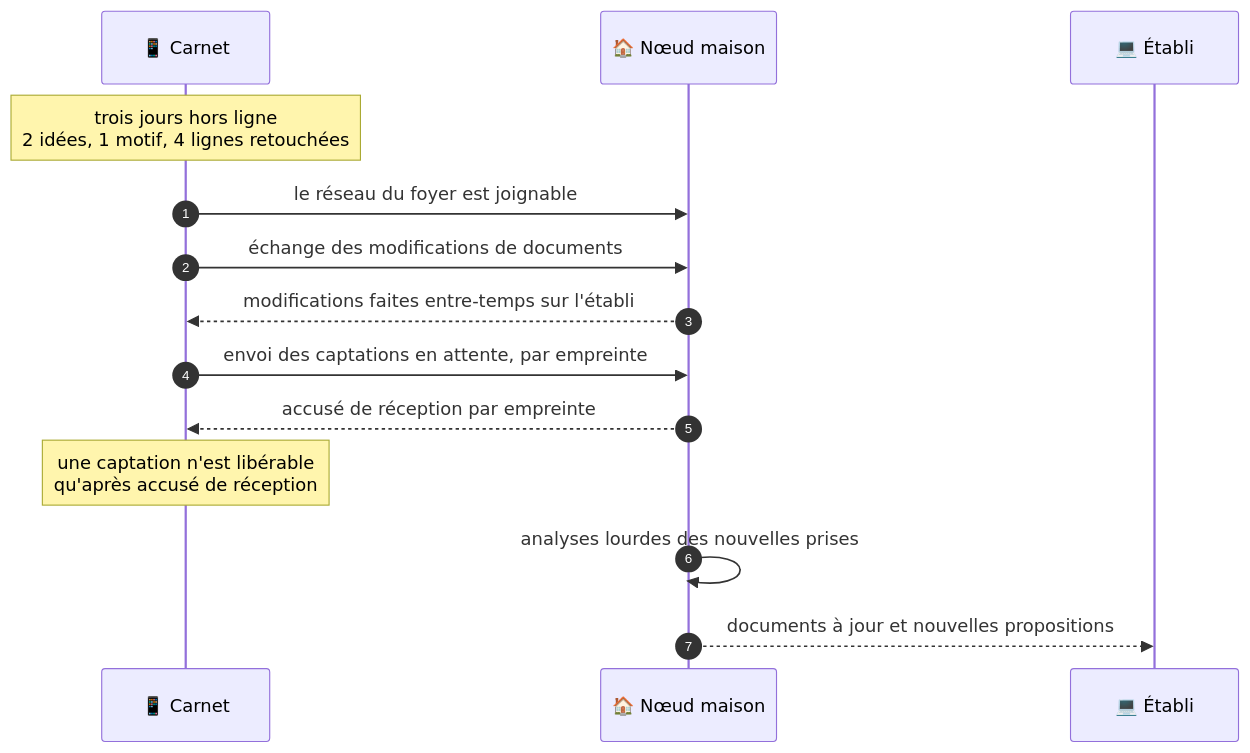
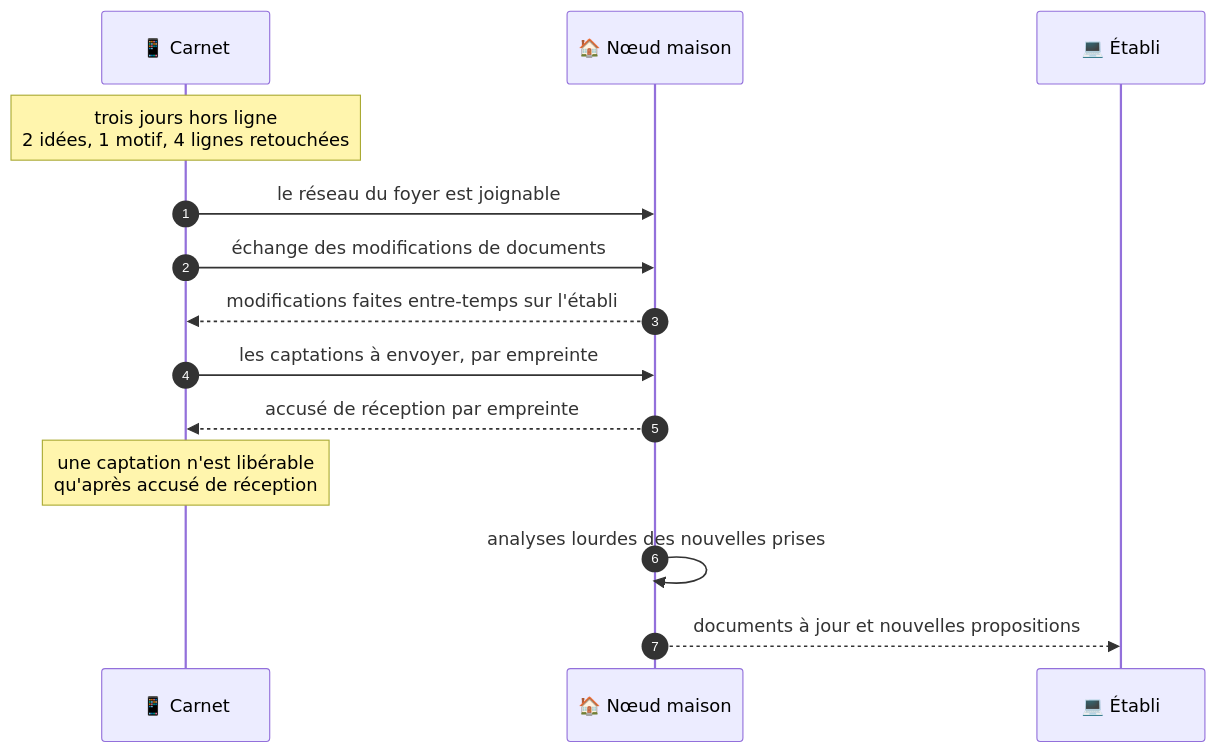
Before and after one commit to EdouardZemb/pupitre: the fifth of 8 diagrams in docs/31-persistance-et-synchronisation.md, drawn with Mermaid. The commit also changed other lines of this file and 24 other files, not shown here.

````diff
--- a/docs/31-persistance-et-synchronisation.md
+++ b/docs/31-persistance-et-synchronisation.md
@@ -140,16 +493,16 @@
 ```mermaid
 sequenceDiagram
   autonumber
   participant C as 📱 Carnet
   participant N as 🏠 Nœud maison
   participant E as 💻 Établi
   Note over C: trois jours hors ligne<br/>2 idées, 1 motif, 4 lignes retouchées
   C->>N: le réseau du foyer est joignable
   C->>N: échange des modifications de documents
   N-->>C: modifications faites entre-temps sur l'établi
-  C->>N: envoi des captations en attente, par empreinte
+  C->>N: les captations à envoyer, par empreinte
   N-->>C: accusé de réception par empreinte
   Note over C: une captation n'est libérable<br/>qu'après accusé de réception
   N->>N: analyses lourdes des nouvelles prises
   N-->>E: documents à jour et nouvelles propositions
 ```
````
